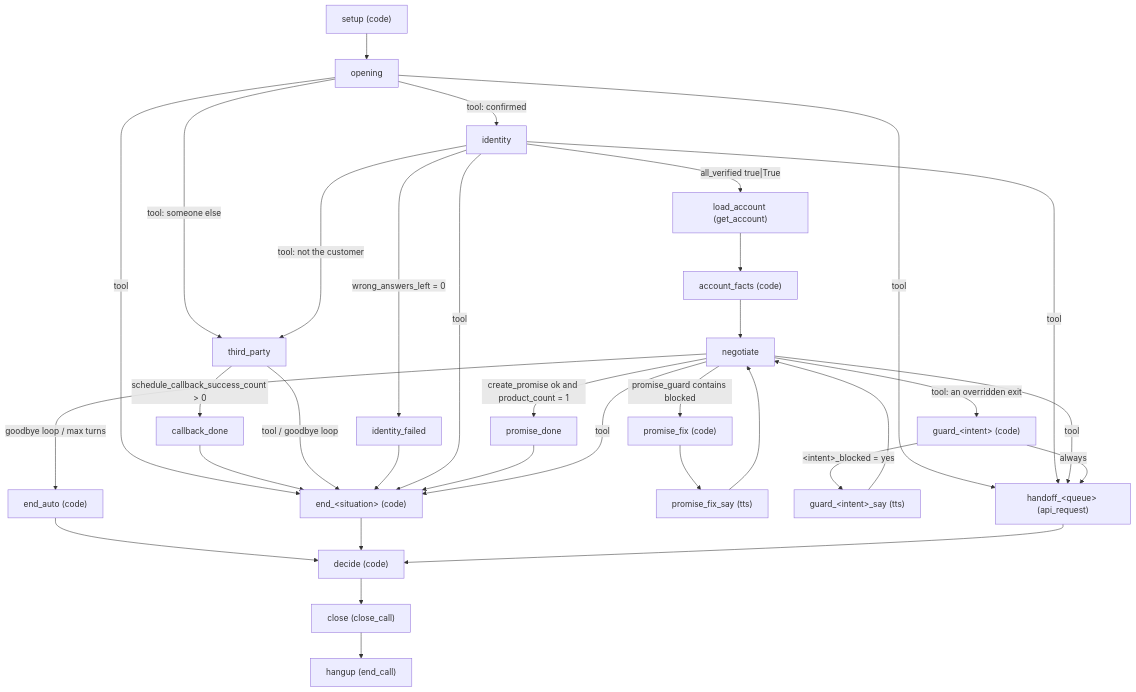
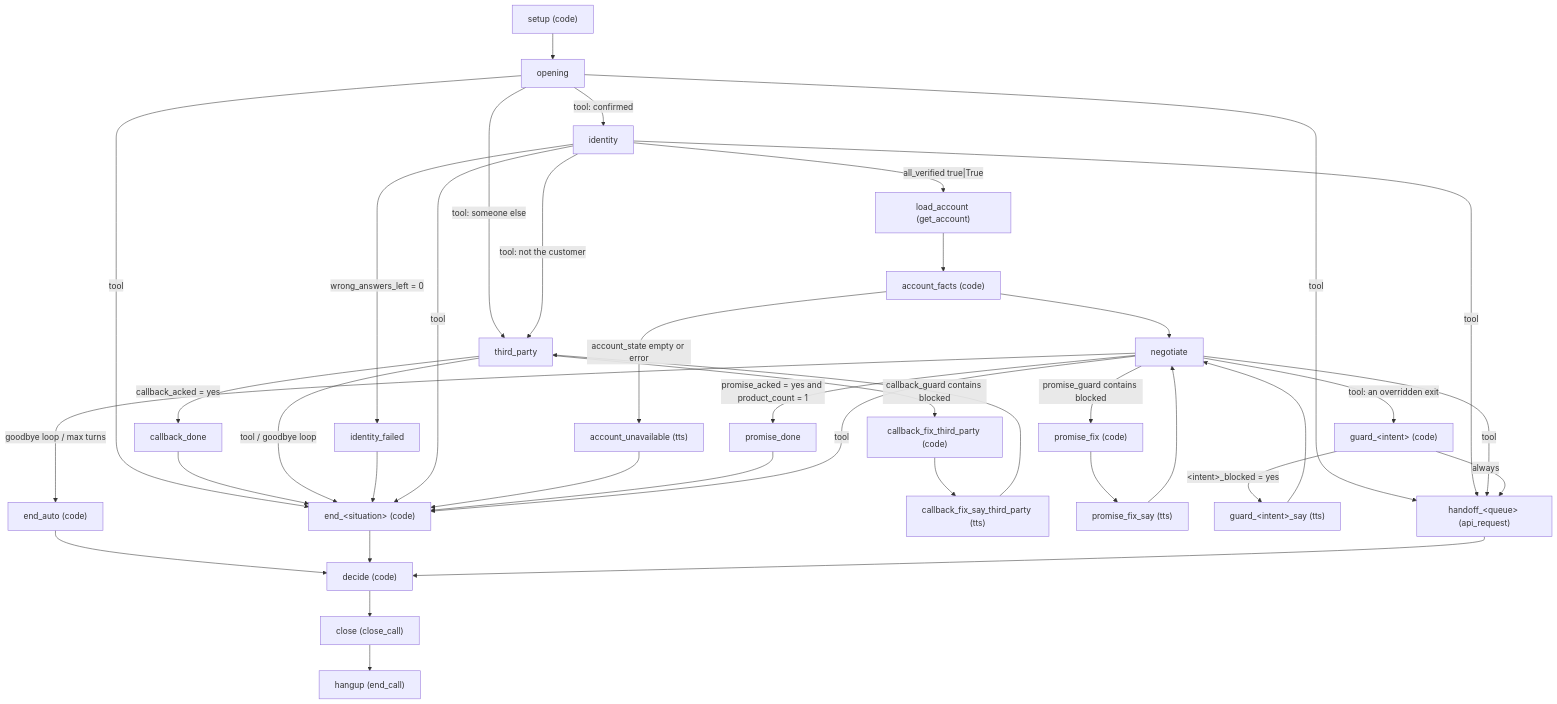
One commit to theFellandes/FreyaHackaton changed the first of 2 diagrams in docs/COMPILER.md. Above: the diagram before and after it, drawn with Mermaid. The commit also changed other lines of this file and 411 other files, not shown here.

````diff
--- a/docs/COMPILER.md
+++ b/docs/COMPILER.md
@@ -56,36 +56,41 @@
 ```mermaid
 flowchart TD
     setup["setup (code)"] --> opening
     opening -- "tool: confirmed" --> identity
     opening -- "tool: someone else" --> third_party
     opening -- "tool" --> endN["end_&lt;situation&gt; (code)"]
     opening -- "tool" --> handoff["handoff_&lt;queue&gt; (api_request)"]
-    third_party -- "schedule_callback_success_count &gt; 0" --> callback_done
+    third_party -- "callback_guard contains blocked" --> callback_fix["callback_fix_third_party (code)"]
+    callback_fix --> callback_fix_say["callback_fix_say_third_party (tts)"]
+    callback_fix_say --> third_party
+    third_party -- "callback_acked = yes" --> callback_done
     callback_done --> endN
     third_party -- "tool / goodbye loop" --> endN
     identity -- "all_verified true|True" --> load_account
     identity -- "wrong_answers_left = 0" --> identity_failed
     identity_failed --> endN
     identity -- "tool" --> endN
     identity -- "tool: not the customer" --> third_party
     identity -- "tool" --> handoff
     load_account["load_account (get_account)"] --> account_facts["account_facts (code)"]
+    account_facts -- "account_state empty or error" --> account_unavailable["account_unavailable (tts)"]
+    account_unavailable --> endN
     account_facts --> negotiate
     negotiate -- "promise_guard contains blocked" --> promise_fix["promise_fix (code)"]
     promise_fix --> promise_fix_say["promise_fix_say (tts)"]
     promise_fix_say --> negotiate
-    negotiate -- "create_promise ok and product_count = 1" --> promise_done
+    negotiate -- "promise_acked = yes and product_count = 1" --> promise_done
     promise_done --> endN
     negotiate -- "tool" --> endN
     negotiate -- "tool" --> handoff
     negotiate -- "tool: an overridden exit" --> guard["guard_&lt;intent&gt; (code)"]
     guard -- "&lt;intent&gt;_blocked = yes" --> guard_say["guard_&lt;intent&gt;_say (tts)"]
     guard_say --> negotiate
     guard -- "always" --> handoff
     negotiate -- "goodbye loop / max turns" --> end_auto["end_auto (code)"]
     end_auto --> decide
     endN --> decide["decide (code)"]
     handoff --> decide
     decide --> close["close (close_call)"]
     close --> hangup["hangup (end_call)"]
 ```
````
